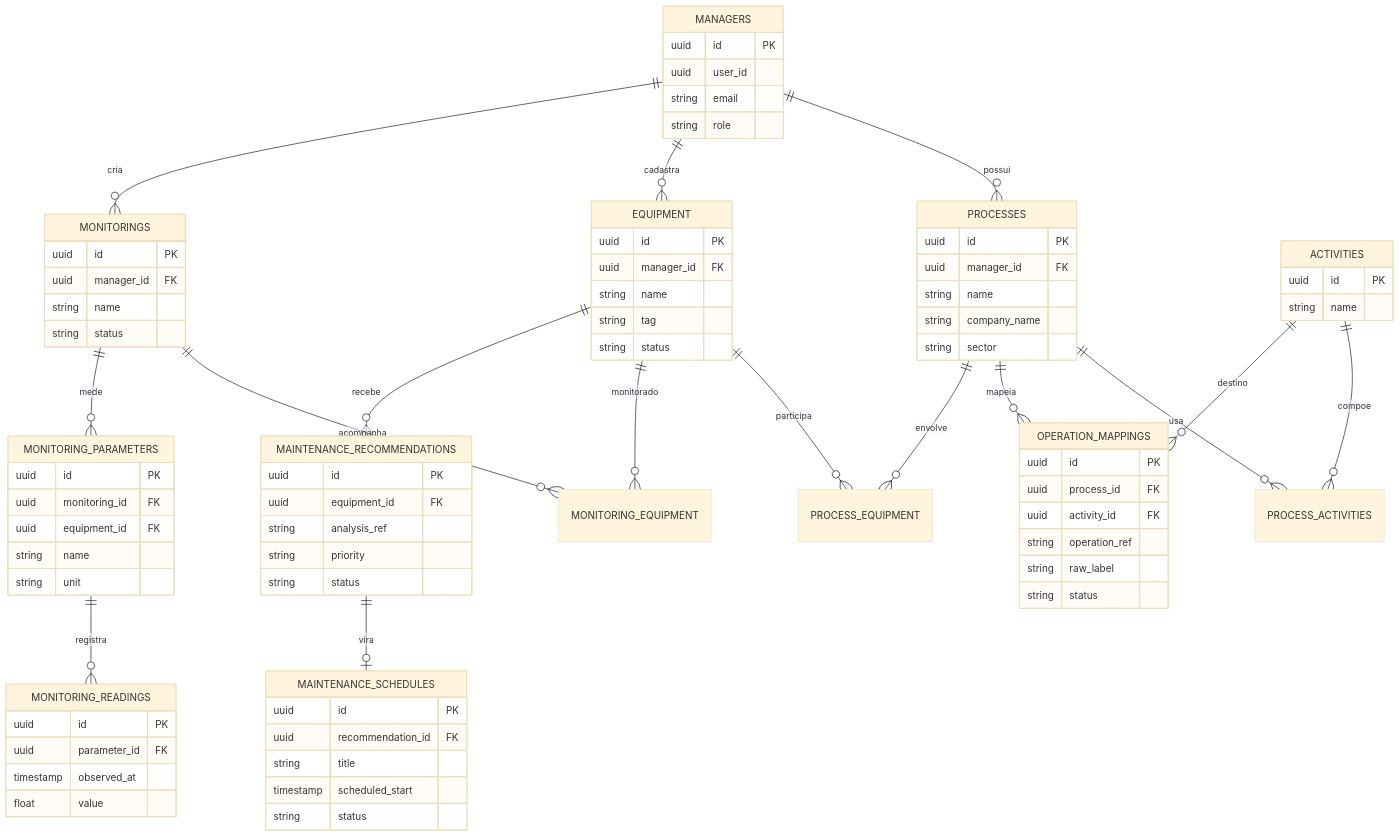
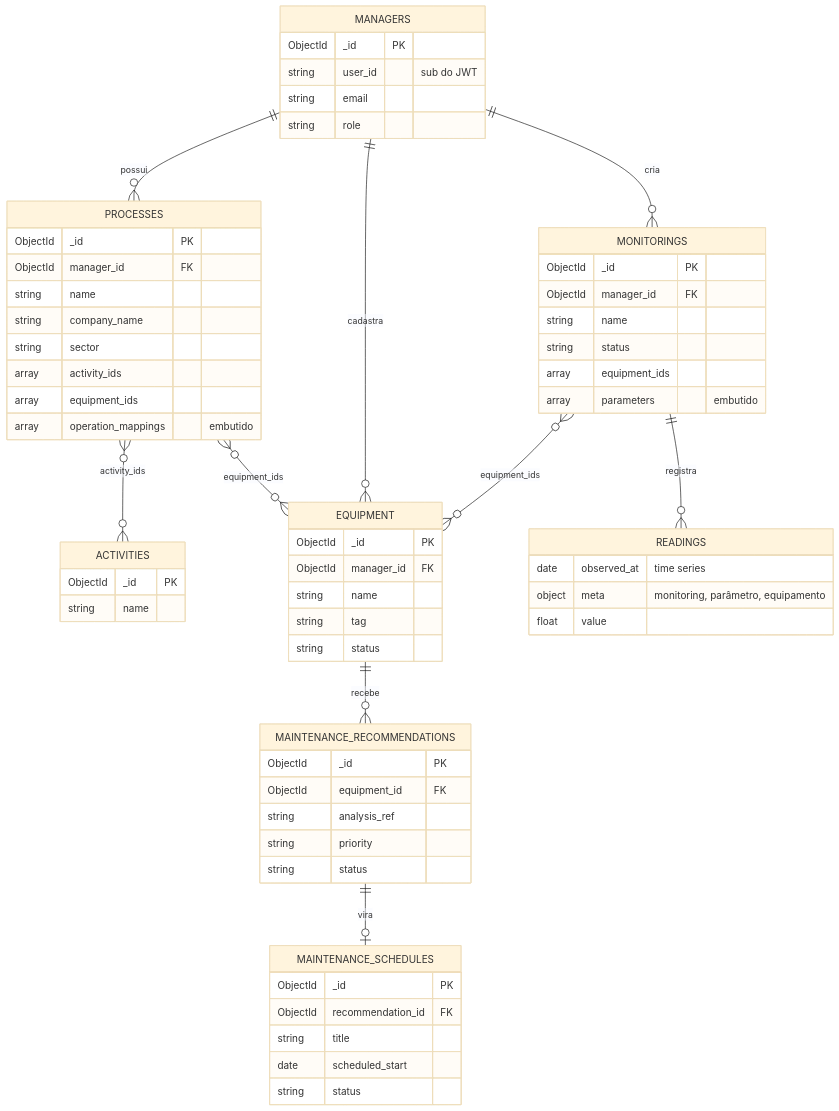
Diagram 11 of 13 in architecture/arc42.md (aland3r/deviante-docs), drawn with Mermaid (base theme) before and after one commit. The commit also changed other lines of this file, not shown here.

````diff
--- a/architecture/arc42.md
+++ b/architecture/arc42.md
@@ -726,81 +730,64 @@
     MANAGERS ||--o{ PROCESSES : possui
     MANAGERS ||--o{ EQUIPMENT : cadastra
     MANAGERS ||--o{ MONITORINGS : cria
-    PROCESSES ||--o{ PROCESS_ACTIVITIES : usa
-    ACTIVITIES ||--o{ PROCESS_ACTIVITIES : compoe
-    PROCESSES ||--o{ OPERATION_MAPPINGS : mapeia
-    ACTIVITIES ||--o{ OPERATION_MAPPINGS : destino
-    PROCESSES ||--o{ PROCESS_EQUIPMENT : envolve
-    EQUIPMENT ||--o{ PROCESS_EQUIPMENT : participa
-    MONITORINGS ||--o{ MONITORING_EQUIPMENT : acompanha
-    EQUIPMENT ||--o{ MONITORING_EQUIPMENT : monitorado
-    MONITORINGS ||--o{ MONITORING_PARAMETERS : mede
-    MONITORING_PARAMETERS ||--o{ MONITORING_READINGS : registra
+    PROCESSES }o--o{ ACTIVITIES : activity_ids
+    PROCESSES }o--o{ EQUIPMENT : equipment_ids
+    MONITORINGS }o--o{ EQUIPMENT : equipment_ids
+    MONITORINGS ||--o{ READINGS : registra
     EQUIPMENT ||--o{ MAINTENANCE_RECOMMENDATIONS : recebe
     MAINTENANCE_RECOMMENDATIONS ||--o| MAINTENANCE_SCHEDULES : vira
     MANAGERS {
-        uuid id PK
-        uuid user_id
+        ObjectId _id PK
+        string user_id "sub do JWT"
         string email
         string role
     }
     PROCESSES {
-        uuid id PK
-        uuid manager_id FK
+        ObjectId _id PK
+        ObjectId manager_id FK
         string name
         string company_name
         string sector
+        array activity_ids
+        array equipment_ids
+        array operation_mappings "embutido"
     }
     ACTIVITIES {
-        uuid id PK
+        ObjectId _id PK
         string name
     }
-    OPERATION_MAPPINGS {
-        uuid id PK
-        uuid process_id FK
-        uuid activity_id FK
-        string operation_ref
-        string raw_label
-        string status
-    }
     EQUIPMENT {
-        uuid id PK
-        uuid manager_id FK
+        ObjectId _id PK
+        ObjectId manager_id FK
         string name
         string tag
         string status
     }
     MONITORINGS {
-        uuid id PK
-        uuid manager_id FK
+        ObjectId _id PK
+        ObjectId manager_id FK
         string name
         string status
+        array equipment_ids
+        array parameters "embutido"
     }
-    MONITORING_PARAMETERS {
-        uuid id PK
-        uuid monitoring_id FK
-        uuid equipment_id FK
-        string name
-        string unit
-    }
-    MONITORING_READINGS {
-        uuid id PK
-        uuid parameter_id FK
-        timestamp observed_at
+    READINGS {
+        date observed_at "time series"
+        object meta "monitoring, parâmetro, equipamento"
         float value
     }
     MAINTENANCE_RECOMMENDATIONS {
-        uuid id PK
-        uuid equipment_id FK
+        ObjectId _id PK
+        ObjectId equipment_id FK
         string analysis_ref
         string priority
         string status
     }
     MAINTENANCE_SCHEDULES {
-        uuid id PK
-        uuid recommendation_id FK
+        ObjectId _id PK
+        ObjectId recommendation_id FK
         string title
-        timestamp scheduled_start
+        date scheduled_start
         string status
     }
 ```
````
